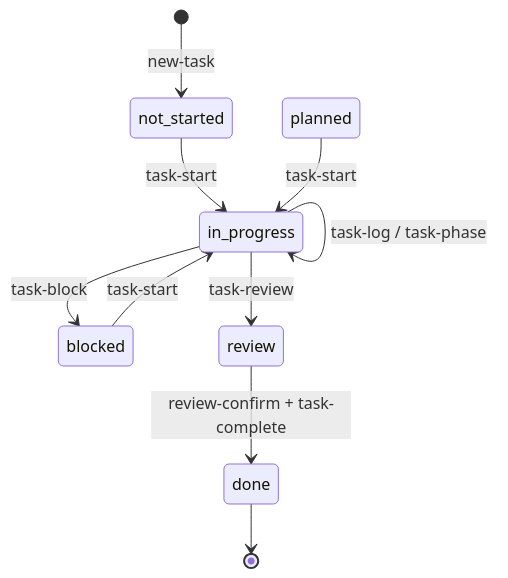
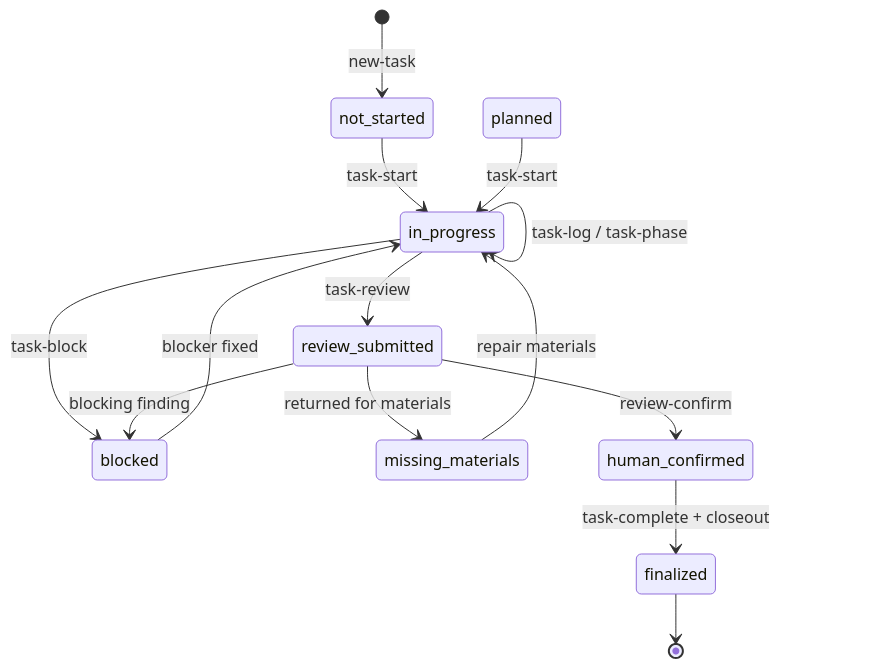
One commit to FairladyZ625/coding-agent-harness changed the first of 4 diagrams in docs-release/guides/task-state-machine.en-US.md. Above: the diagram before and after it, drawn with Mermaid. The commit also changed other lines of this file and 29 other files, not shown here.

````diff
--- a/docs-release/guides/task-state-machine.en-US.md
+++ b/docs-release/guides/task-state-machine.en-US.md
@@ -15,12 +18,16 @@
 ```mermaid
 stateDiagram-v2
   [*] --> not_started: new-task
   not_started --> in_progress: task-start
   planned --> in_progress: task-start
   in_progress --> in_progress: task-log / task-phase
   in_progress --> blocked: task-block
-  blocked --> in_progress: task-start
-  in_progress --> review: task-review
-  review --> done: review-confirm + task-complete
-  done --> [*]
+  blocked --> in_progress: blocker fixed
+  in_progress --> review_submitted: task-review
+  review_submitted --> missing_materials: returned for materials
+  missing_materials --> in_progress: repair materials
+  review_submitted --> blocked: blocking finding
+  review_submitted --> human_confirmed: review-confirm
+  human_confirmed --> finalized: task-complete + closeout
+  finalized --> [*]
 ```
````
